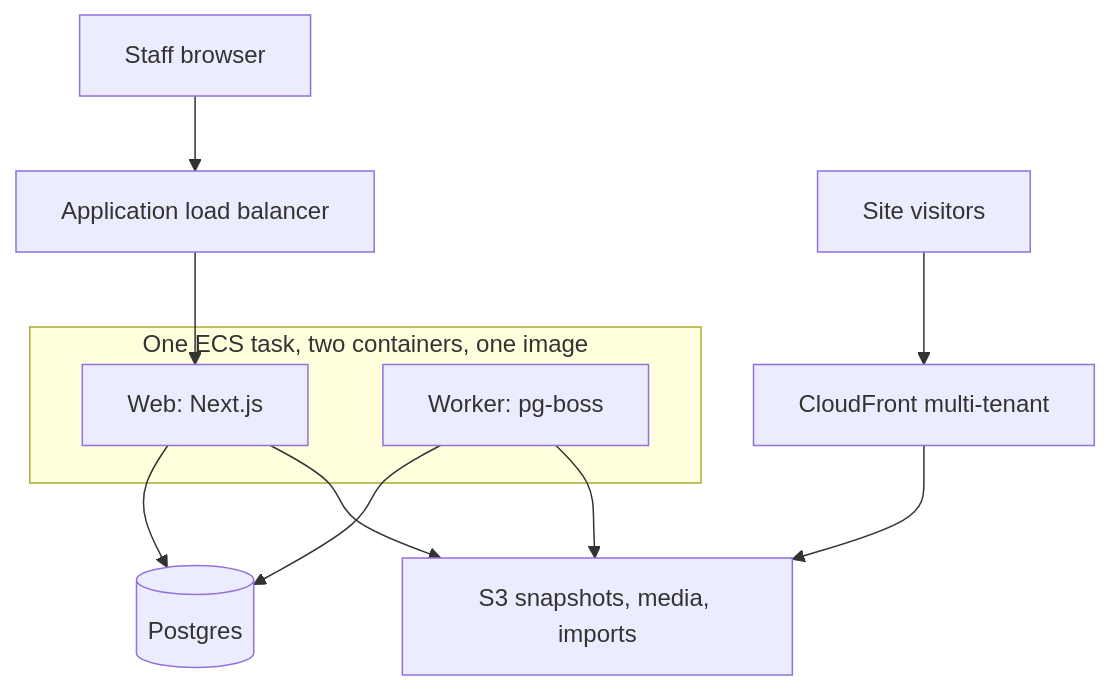
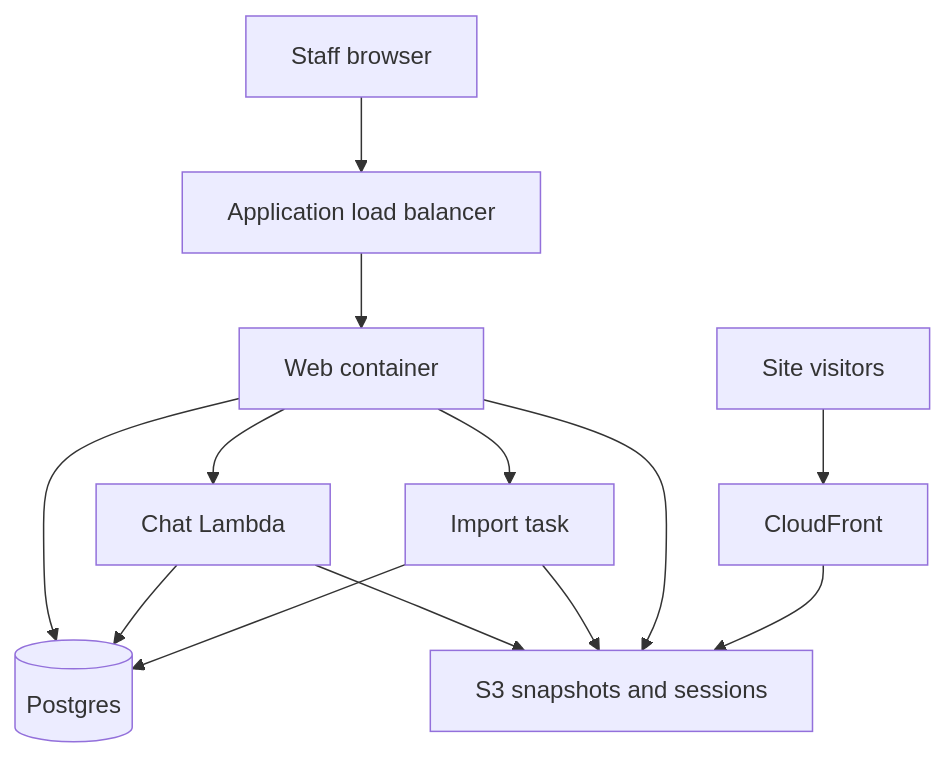
The diagram in docs/architecture.md (rera/flagstage-core), drawn with Mermaid before and after one commit. The commit also changed other lines of this file and 63 other files, not shown here.

First line of the commit message:
Run chat in one Lambda and imports as one-off tasks.

````diff
--- a/docs/architecture.md
+++ b/docs/architecture.md
@@ -5,15 +5,15 @@
 ```mermaid
 flowchart TB
-  subgraph task [One ECS task, two containers, one image]
-    web[Web: Next.js]
-    worker[Worker: pg-boss]
-  end
   staff[Staff browser] --> alb[Application load balancer]
-  alb --> web
+  alb --> web[Web container]
   web --> pg[(Postgres)]
-  worker --> pg
-  worker --> s3[S3 snapshots, media, imports]
+  web --> chatFn[Chat Lambda]
+  web --> importTask[Import task]
+  chatFn --> pg
+  chatFn --> s3[S3 snapshots and sessions]
+  importTask --> pg
+  importTask --> s3
   web --> s3
-  visitors[Site visitors] --> cf[CloudFront multi-tenant]
+  visitors[Site visitors] --> cf[CloudFront]
   cf --> s3
 ```
````
